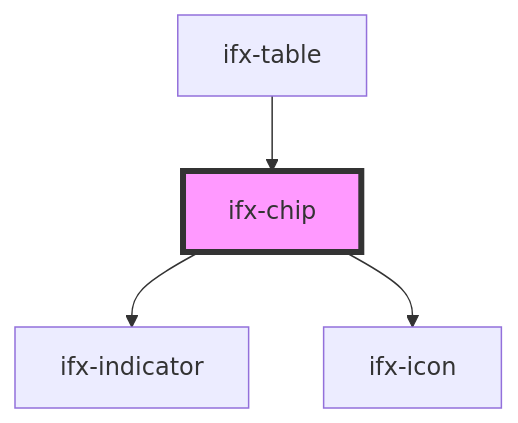
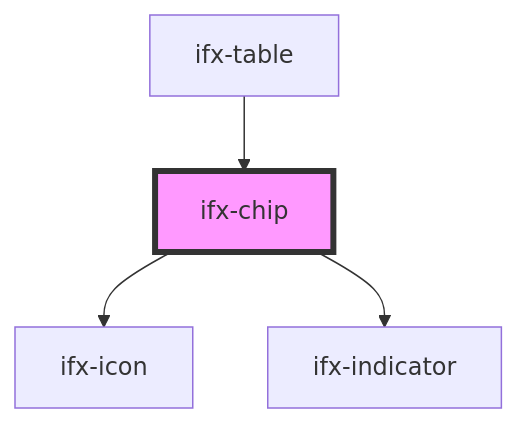
The diagram in packages/components/src/components/chip/readme.md (Infineon/infineon-design-system-stencil), drawn with Mermaid before and after one commit. The commit also changed other lines of this file and 4 other files, not shown here.

````diff
--- a/packages/components/src/components/chip/readme.md
+++ b/packages/components/src/components/chip/readme.md
@@ -41,7 +42,7 @@
 ```mermaid
 graph TD;
+  ifx-chip --> ifx-icon
   ifx-chip --> ifx-indicator
-  ifx-chip --> ifx-icon
   ifx-table --> ifx-chip
   style ifx-chip fill:#f9f,stroke:#333,stroke-width:4px
 ```
````
